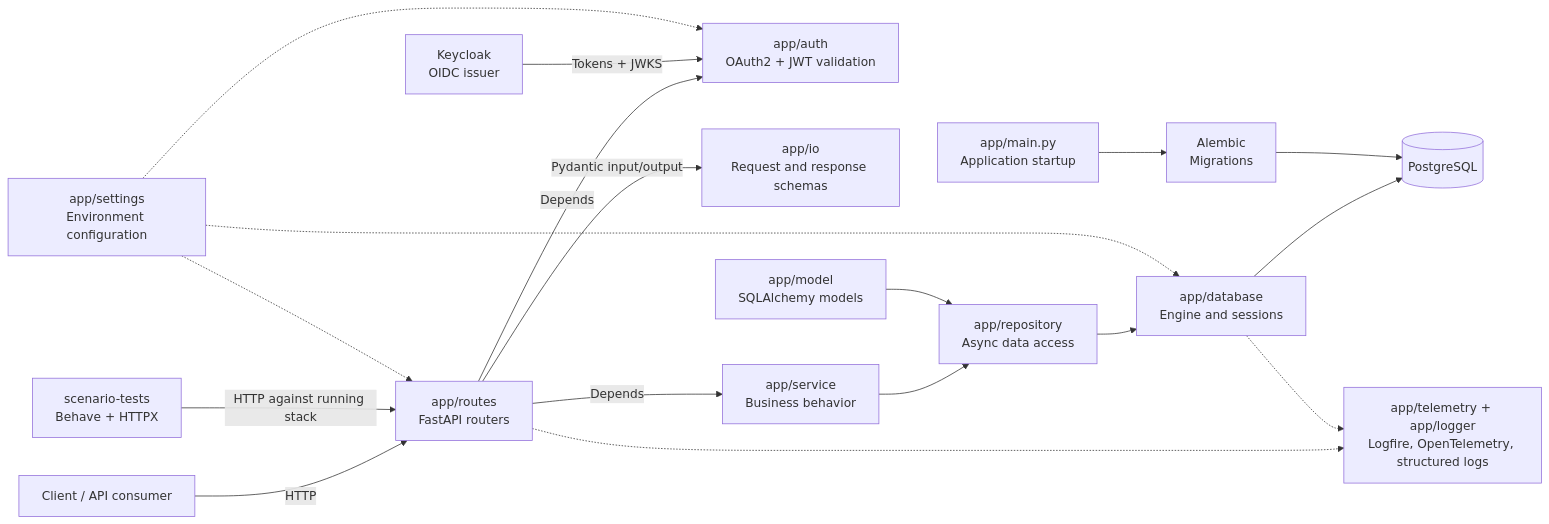
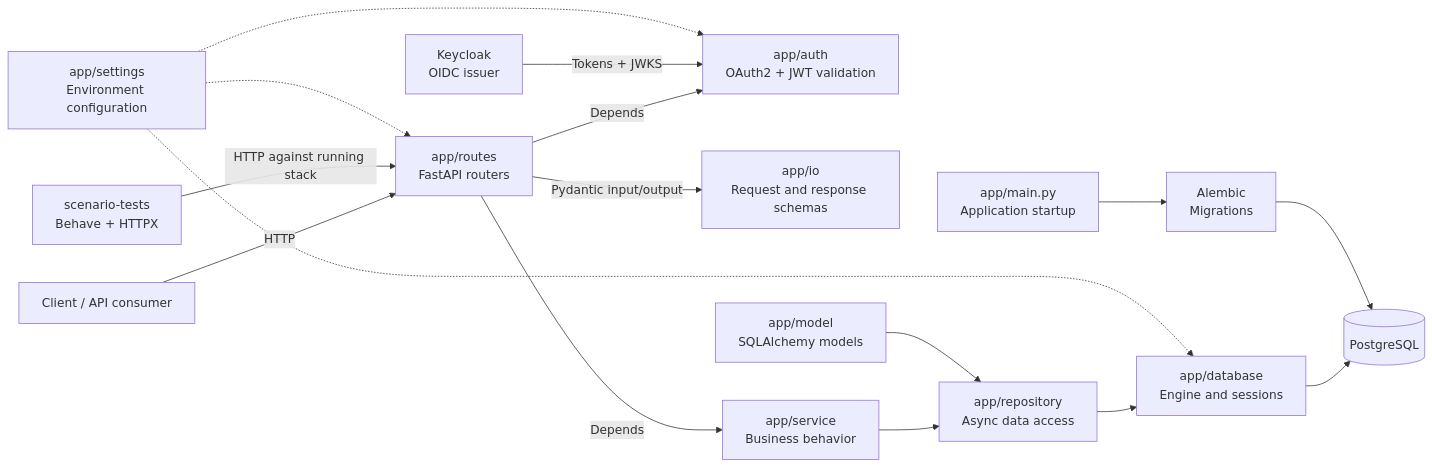
Before and after one commit to Subhransu-De/FastAPI-Template: the diagram in README.md, drawn with Mermaid. The commit also changed other lines of this file, not shown here.

Commit message:
docs: remove telemetry architecture reference

````diff
--- a/README.md
+++ b/README.md
@@ -43,25 +43,23 @@
 ```mermaid
 flowchart LR
     client["Client / API consumer"] -->|"HTTP"| routes["app/routes<br/>FastAPI routers"]
     scenario["scenario-tests<br/>Behave + HTTPX"] -->|"HTTP against running stack"| routes
 
     routes -->|"Depends"| auth["app/auth<br/>OAuth2 + JWT validation"]
     keycloak["Keycloak<br/>OIDC issuer"] -->|"Tokens + JWKS"| auth
 
     routes -->|"Pydantic input/output"| io["app/io<br/>Request and response schemas"]
     routes -->|"Depends"| service["app/service<br/>Business behavior"]
     service --> repository["app/repository<br/>Async data access"]
     repository --> database["app/database<br/>Engine and sessions"]
     model["app/model<br/>SQLAlchemy models"] --> repository
     database --> postgres[("PostgreSQL")]
 
     main["app/main.py<br/>Application startup"] --> alembic["Alembic<br/>Migrations"]
     alembic --> postgres
 
     settings["app/settings<br/>Environment configuration"] -.-> routes
     settings -.-> database
     settings -.-> auth
 
-    routes -.-> telemetry["app/telemetry + app/logger<br/>Logfire, OpenTelemetry, structured logs"]
-    database -.-> telemetry
 ```
````
